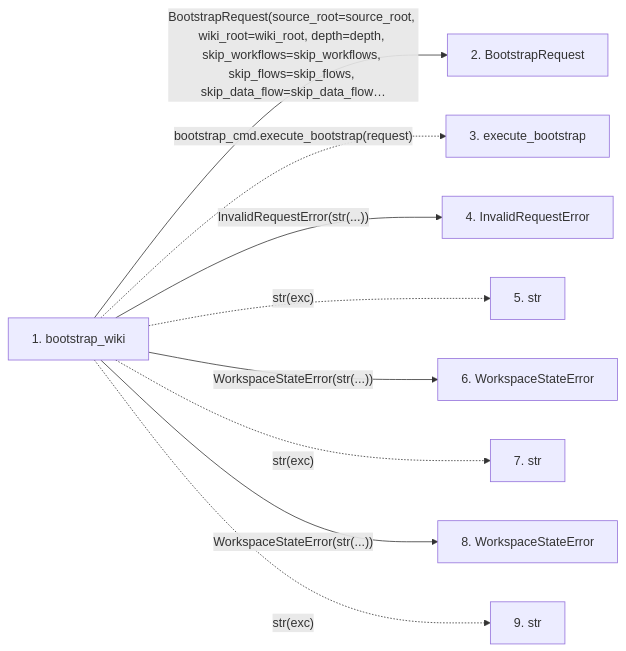
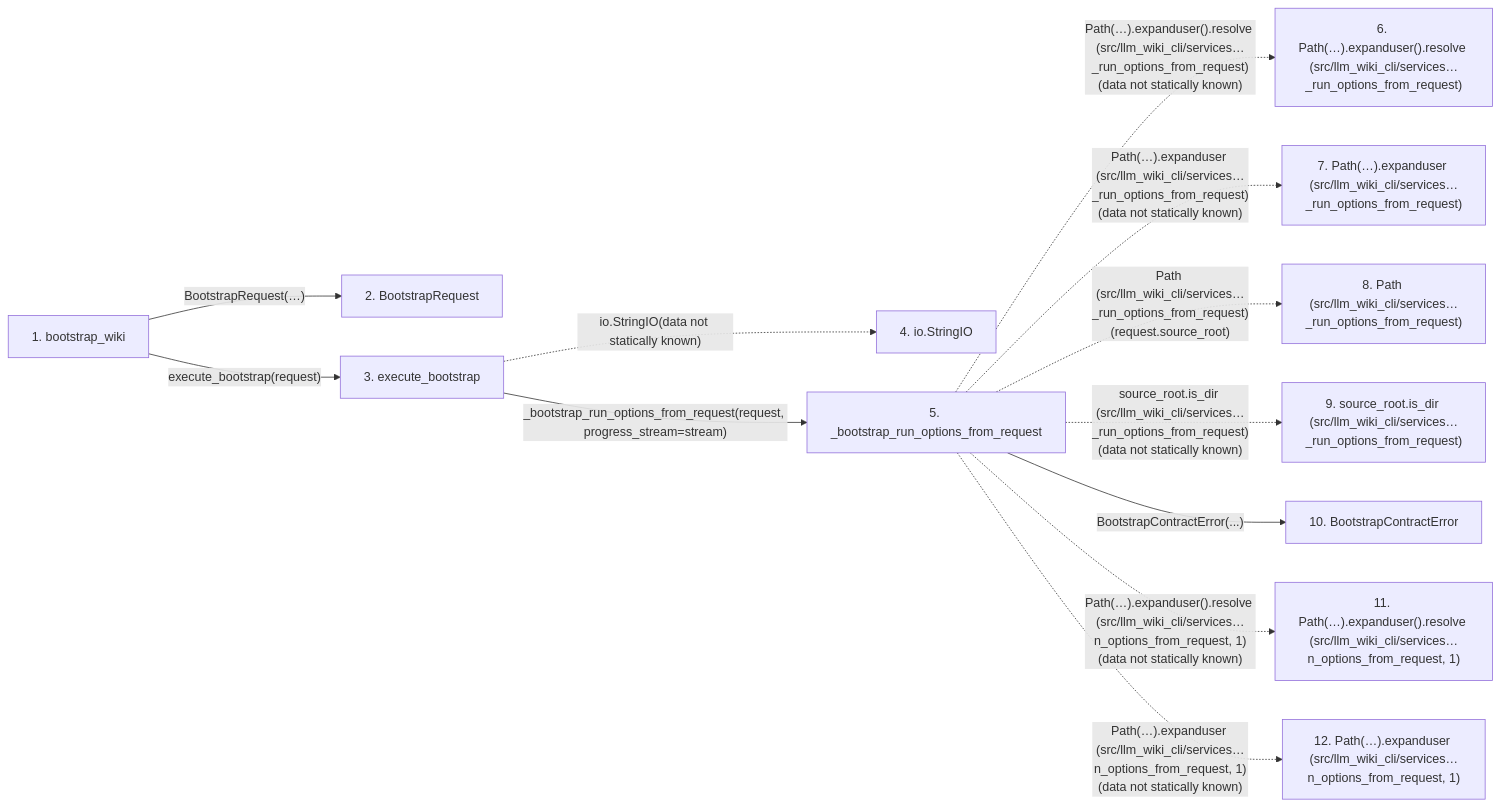
The second of 2 diagrams in docs/llm_wiki/flows/api-bootstrap_wiki.md (Denissvgn/python-wiki-llm), drawn with Mermaid before and after one commit. The commit also changed other lines of this file and 719 other files, not shown here.

````diff
--- a/docs/llm_wiki/flows/api-bootstrap_wiki.md
+++ b/docs/llm_wiki/flows/api-bootstrap_wiki.md
@@ -31,25 +115,31 @@
 ```mermaid
 flowchart LR
     s1["1. bootstrap_wiki"]
     s2["2. BootstrapRequest"]
     s3["3. execute_bootstrap"]
-    s4["4. InvalidRequestError"]
-    s5["5. str"]
-    s6["6. WorkspaceStateError"]
-    s7["7. str"]
-    s8["8. WorkspaceStateError"]
-    s9["9. str"]
-    s1 -->|"BootstrapRequest(source_root=source_root, wiki_root=wiki_root, depth=depth, skip_workflows=skip_workflows, skip_flows=skip_flows, skip_data_flow=skip_data_flow…"| s2
-    s1 -. "bootstrap_cmd.execute_bootstrap(request)" .-> s3
-    s1 -->|"InvalidRequestError(str(...))"| s4
-    s1 -. "str(exc)" .-> s5
-    s1 -->|"WorkspaceStateError(str(...))"| s6
-    s1 -. "str(exc)" .-> s7
-    s1 -->|"WorkspaceStateError(str(...))"| s8
-    s1 -. "str(exc)" .-> s9
+    s4["4. io.StringIO"]
+    s5["5. _bootstrap_run_options_from_request"]
+    s6["6. Path(…).expanduser().resolve (src/llm_wiki_cli/services…_run_options_from_request)"]
+    s7["7. Path(…).expanduser (src/llm_wiki_cli/services…_run_options_from_request)"]
+    s8["8. Path (src/llm_wiki_cli/services…_run_options_from_request)"]
+    s9["9. source_root.is_dir (src/llm_wiki_cli/services…_run_options_from_request)"]
+    s10["10. BootstrapContractError"]
+    s11["11. Path(…).expanduser().resolve (src/llm_wiki_cli/services…n_options_from_request, 1)"]
+    s12["12. Path(…).expanduser (src/llm_wiki_cli/services…n_options_from_request, 1)"]
+    s1 -->|"BootstrapRequest(…)"| s2
+    s1 -->|"execute_bootstrap(request)"| s3
+    s3 -. "io.StringIO(data not statically known)" .-> s4
+    s3 -->|"_bootstrap_run_options_from_request(request, progress_stream=stream)"| s5
+    s5 -. "Path(…).expanduser().resolve (src/llm_wiki_cli/services…_run_options_from_request)(data not statically known)" .-> s6
+    s5 -. "Path(…).expanduser (src/llm_wiki_cli/services…_run_options_from_request)(data not statically known)" .-> s7
+    s5 -. "Path (src/llm_wiki_cli/services…_run_options_from_request)(request.source_root)" .-> s8
+    s5 -. "source_root.is_dir (src/llm_wiki_cli/services…_run_options_from_request)(data not statically known)" .-> s9
+    s5 -->|"BootstrapContractError(...)"| s10
+    s5 -. "Path(…).expanduser().resolve (src/llm_wiki_cli/services…n_options_from_request, 1)(data not statically known)" .-> s11
+    s5 -. "Path(…).expanduser (src/llm_wiki_cli/services…n_options_from_request, 1)(data not statically known)" .-> s12
     click s1 "../modules/api.md"
     click s2 "../modules/bootstrap_service.md"
-    click s4 "../modules/api.md"
-    click s6 "../modules/api.md"
-    click s8 "../modules/api.md"
+    click s3 "../modules/bootstrap_runtime.md"
+    click s5 "../modules/bootstrap_runtime.md"
+    click s10 "../modules/bootstrap_service.md"
 ```
````
